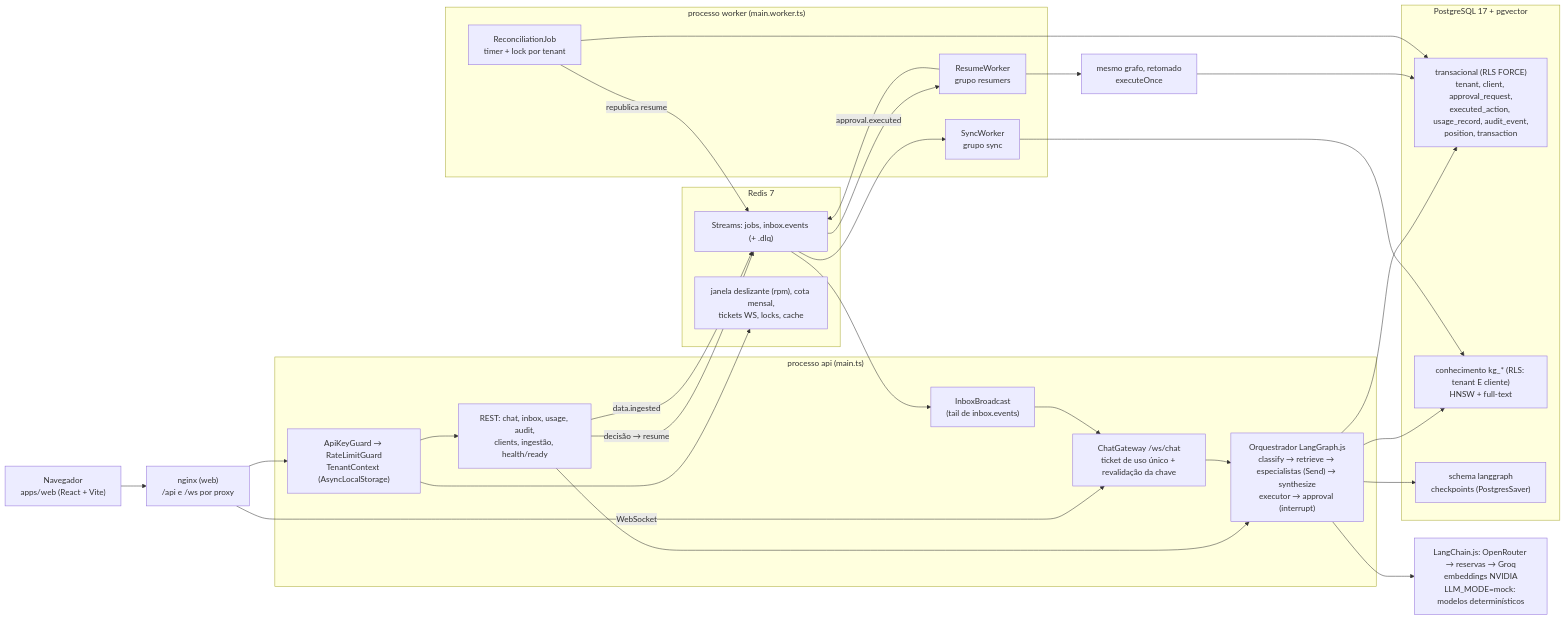
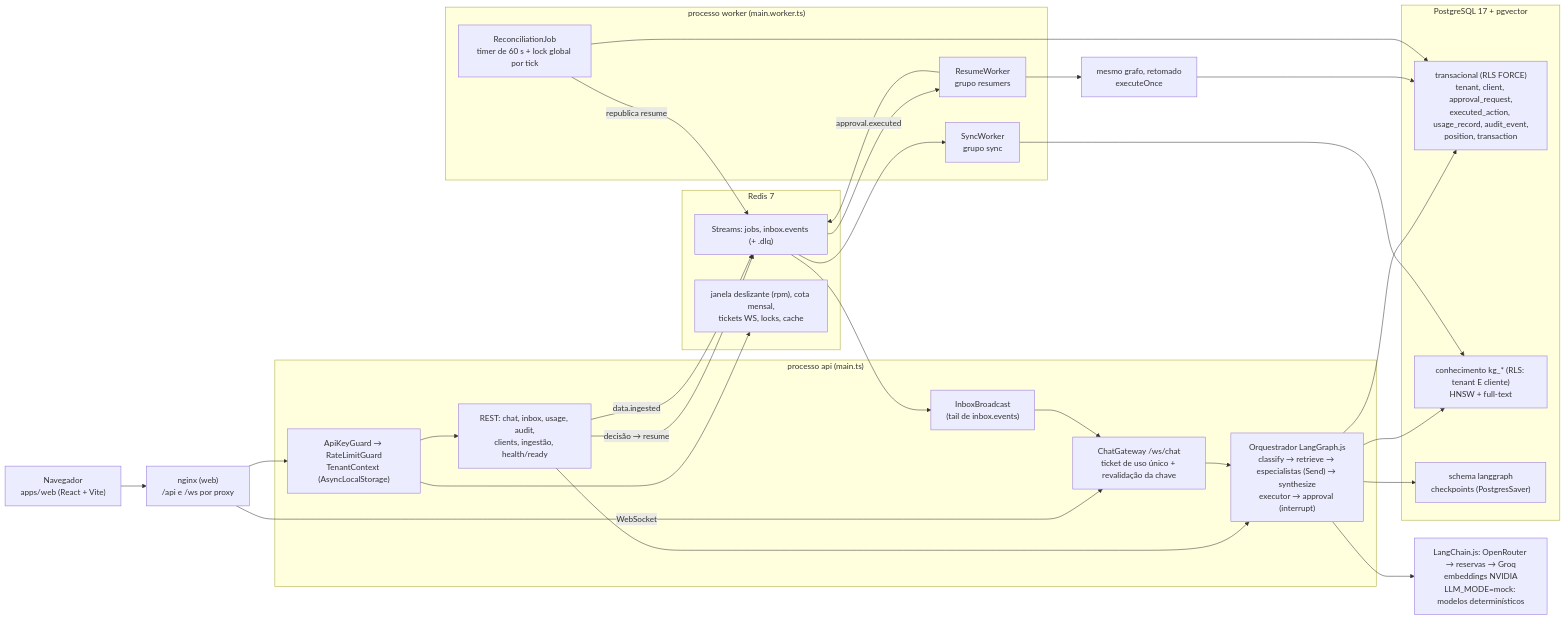
One commit to AbnerRidigolo/carina.inc changed the first of 2 diagrams in README.md. Above: the diagram before and after it, drawn with Mermaid. The commit also changed other lines of this file and 3 other files, not shown here.

````diff
--- a/README.md
+++ b/README.md
@@ -107,48 +111,48 @@
 ```mermaid
 flowchart LR
   browser["Navegador<br/>apps/web (React + Vite)"]
   nginx["nginx (web)<br/>/api e /ws por proxy"]
 
   subgraph apiproc["processo api (main.ts)"]
     guards["ApiKeyGuard → RateLimitGuard<br/>TenantContext (AsyncLocalStorage)"]
     rest["REST: chat, inbox, usage, audit,<br/>clients, ingestão, health/ready"]
     gw["ChatGateway /ws/chat<br/>ticket de uso único + revalidação da chave"]
     graph1["Orquestrador LangGraph.js<br/>classify → retrieve → especialistas (Send) → synthesize<br/>executor → approval (interrupt)"]
     bcast["InboxBroadcast<br/>(tail de inbox.events)"]
   end
 
   subgraph workerproc["processo worker (main.worker.ts)"]
     sync["SyncWorker<br/>grupo sync"]
     resume["ResumeWorker<br/>grupo resumers"]
-    recon["ReconciliationJob<br/>timer + lock por tenant"]
+    recon["ReconciliationJob<br/>timer de 60 s + lock global por tick"]
   end
 
   subgraph pg["PostgreSQL 17 + pgvector"]
     tx["transacional (RLS FORCE)<br/>tenant, client, approval_request,<br/>executed_action, usage_record, audit_event,<br/>position, transaction"]
     kg["conhecimento kg_* (RLS: tenant E cliente)<br/>HNSW + full-text"]
     lg["schema langgraph<br/>checkpoints (PostgresSaver)"]
   end
 
   subgraph redis["Redis 7"]
     streams["Streams: jobs, inbox.events (+ .dlq)"]
     limits["janela deslizante (rpm), cota mensal,<br/>tickets WS, locks, cache"]
   end
 
   llm["LangChain.js: OpenRouter → reservas → Groq<br/>embeddings NVIDIA<br/>LLM_MODE=mock: modelos determinísticos"]
 
   browser --> nginx --> guards
   guards --> rest --> graph1
   nginx -- "WebSocket" --> gw --> graph1
   graph1 --> llm
   graph1 --> tx & kg & lg
   rest -- "decisão → resume" --> streams
   rest -- "data.ingested" --> streams
   streams --> resume --> graph1b["mesmo grafo, retomado<br/>executeOnce"]
   graph1b --> tx
   streams --> sync --> kg
   recon --> tx
   recon -- "republica resume" --> streams
   resume -- "approval.executed" --> streams
   streams --> bcast --> gw
   guards --> limits
 ```
````
